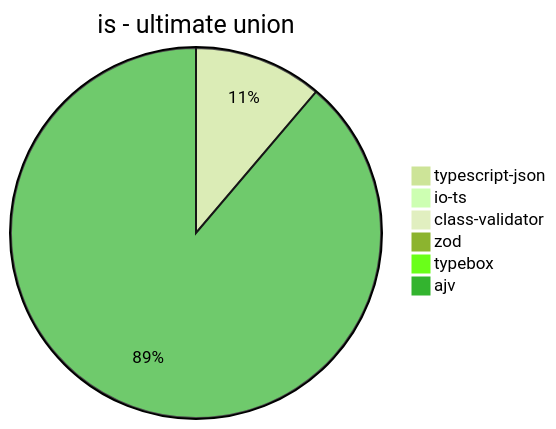
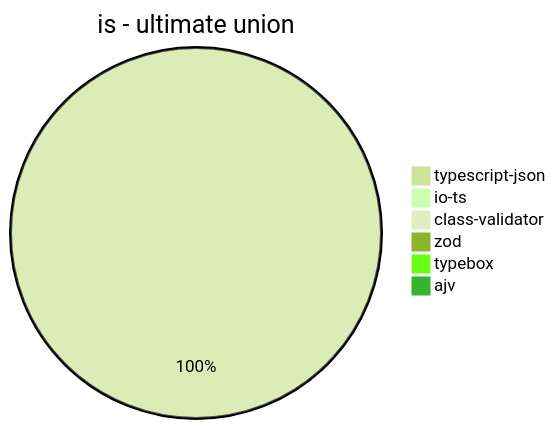
Before and after one commit to samchon/typia: the eighth of 39 diagrams in benchmark/results/AMD Ryzen 7 5800H with Radeon Graphics.md, drawn with Mermaid (forest theme). The commit also changed other lines of this file and 1 other file, not shown here.

Commit message:
Complement #254 - drop ajv, but more a revise required

````diff
--- a/benchmark/results/AMD Ryzen 7 5800H with Radeon Graphics.md
+++ b/benchmark/results/AMD Ryzen 7 5800H with Radeon Graphics.md
@@ -98,9 +98,9 @@
 ```mermaid
 pie title is - ultimate union
   "typescript-json": 633.8002211573903
   "io-ts": 0
   "class-validator": 0
   "zod": 0.3471619510501649
   "typebox": 0
-  "ajv": 5018.871315600288
+  "ajv": 0
 ```
````
